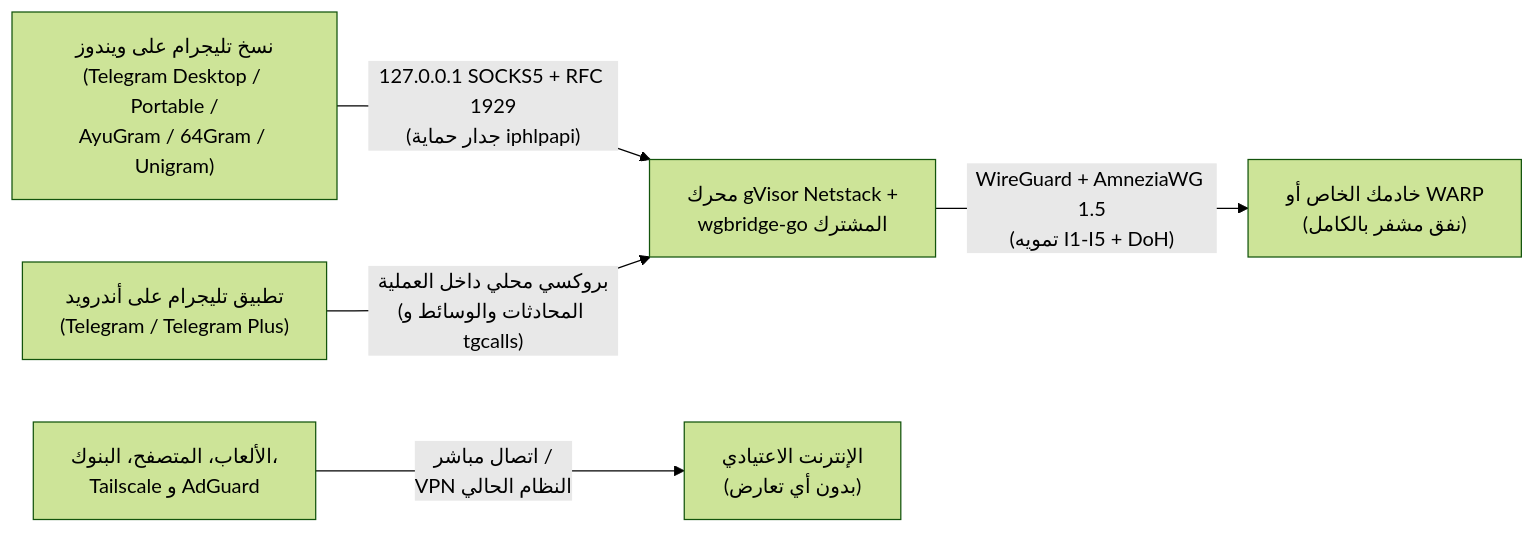
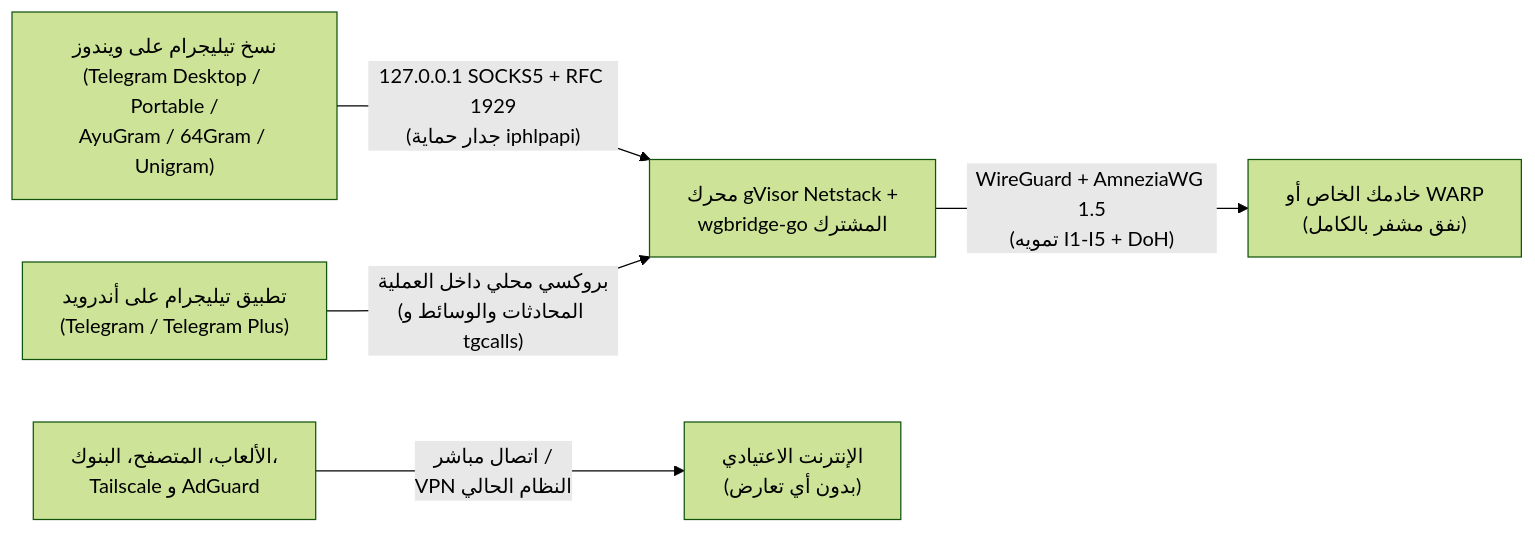
One commit to AliHaider704/wgplus changed the diagram in README.ar.md. Above: the diagram before and after it, drawn with Mermaid (forest theme). The commit also changed other lines of this file and 10 other files, not shown here.

````diff
--- a/README.ar.md
+++ b/README.ar.md
@@ -108,7 +108,7 @@
 ```mermaid
 flowchart LR
-    WIN["نسخ تليجرام على ويندوز<br/>(Telegram Desktop / Portable /<br/>AyuGram / 64Gram / Unigram)"] -->|"127.0.0.1 SOCKS5 + RFC 1929<br/>(جدار حماية iphlpapi)"| GS["محرك gVisor Netstack +<br/>wgbridge-go المشترك"]
-    AND["تطبيق تليجرام على أندرويد<br/>(Telegram / Telegram Plus)"] -->|"بروكسي محلي داخل العملية<br/>(المحادثات والوسائط و tgcalls)"| GS
+    WIN["نسخ تيليجرام على ويندوز<br/>(Telegram Desktop / Portable /<br/>AyuGram / 64Gram / Unigram)"] -->|"127.0.0.1 SOCKS5 + RFC 1929<br/>(جدار حماية iphlpapi)"| GS["محرك gVisor Netstack +<br/>wgbridge-go المشترك"]
+    AND["تطبيق تيليجرام على أندرويد<br/>(Telegram / Telegram Plus)"] -->|"بروكسي محلي داخل العملية<br/>(المحادثات والوسائط و tgcalls)"| GS
     GS -->|"WireGuard + AmneziaWG 1.5<br/>(تمويه I1-I5 + DoH)"| EP["خادمك الخاص أو WARP<br/>(نفق مشفر بالكامل)"]
     OTHER["الألعاب، المتصفح، البنوك،<br/>Tailscale و AdGuard"] -->|"اتصال مباشر /<br/>VPN النظام الحالي"| NET["الإنترنت الاعتيادي<br/>(بدون أي تعارض)"]
 ```
````
